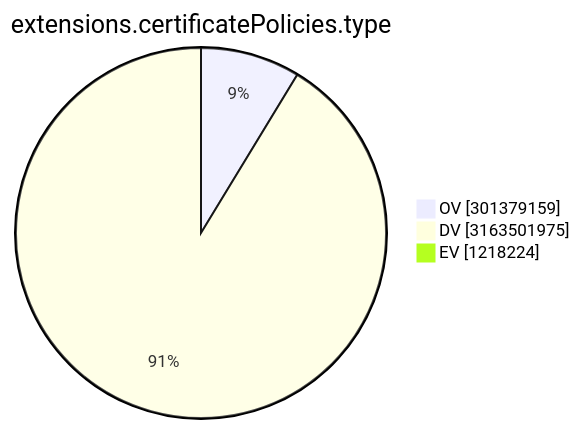
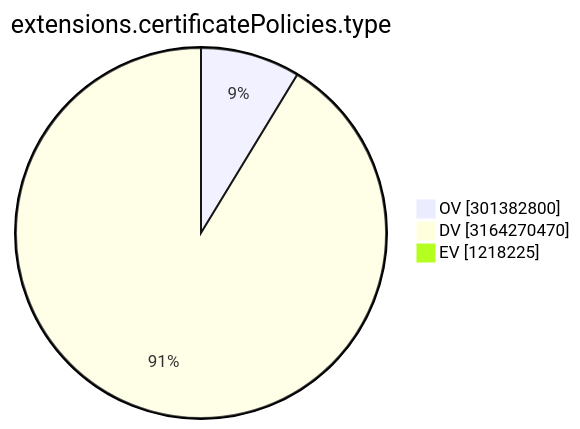
One commit to christiankrug/ctmonitor_visualization changed the ninth of 15 diagrams in TOTAL/README.md. Above: the diagram before and after it, drawn with Mermaid. The commit also changed other lines of this file, not shown here.

````diff
--- a/TOTAL/README.md
+++ b/TOTAL/README.md
@@ -3105,7 +3105,7 @@
 ```mermaid
 pie showData
 title extensions.certificatePolicies.type
-"OV" :301379159
-"DV" :3163501975
-"EV" :1218224
+"OV" :301382800
+"DV" :3164270470
+"EV" :1218225
 ```
````
